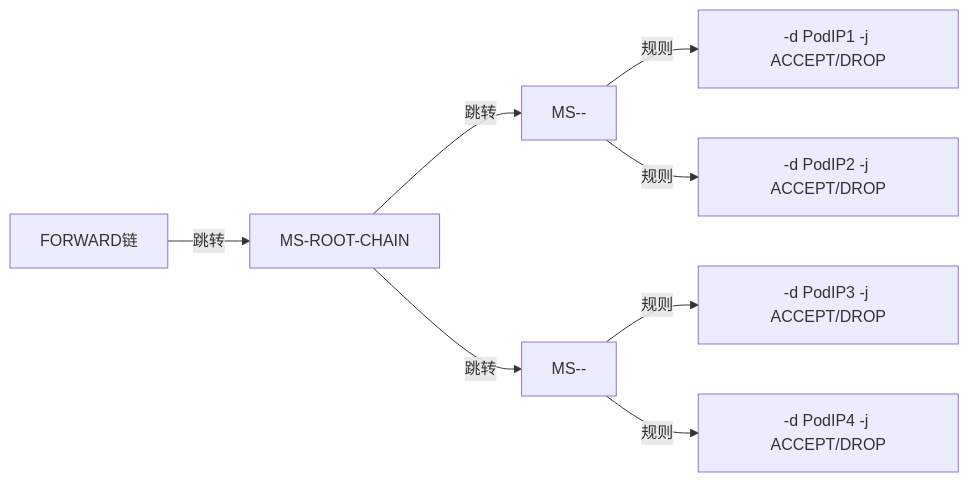
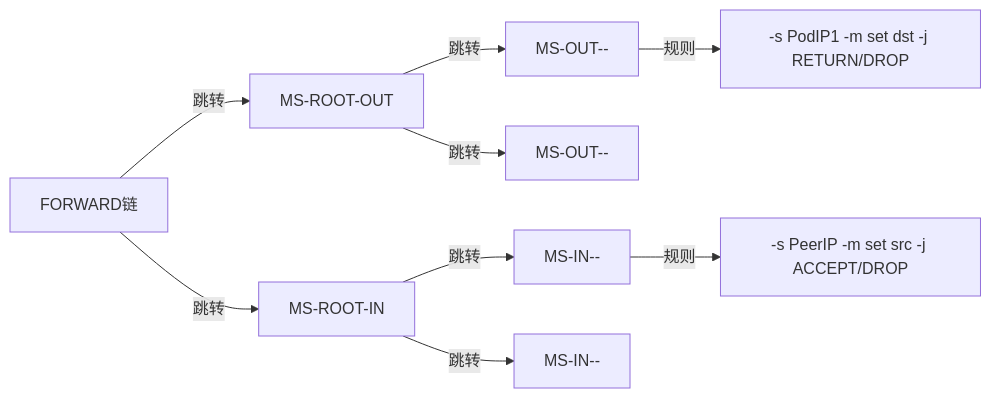
One commit to GuanQZ/microsegmentation changed the third of 3 diagrams in docs/ARCHITECTURE.md. Above: the diagram before and after it, drawn with Mermaid. The commit also changed other lines of this file and 14 other files, not shown here.

````diff
--- a/docs/ARCHITECTURE.md
+++ b/docs/ARCHITECTURE.md
@@ -228,12 +229,14 @@
 ```mermaid
 flowchart LR
-  FWD[FORWARD链] -->|跳转| ROOT[MS-ROOT-CHAIN]
-  ROOT -->|跳转| D1[MS-<ns>-<deploy1>]
-  ROOT -->|跳转| D2[MS-<ns>-<deploy2>]
+  FWD[FORWARD链] -->|跳转| ROOT_OUT[MS-ROOT-OUT]
+  FWD -->|跳转| ROOT_IN[MS-ROOT-IN]
 
-  D1 -->|规则| R1[-d PodIP1 -j ACCEPT/DROP]
-  D1 -->|规则| R2[-d PodIP2 -j ACCEPT/DROP]
+  ROOT_OUT -->|跳转| O1[MS-OUT-<ns>-<deploy1>]
+  ROOT_OUT -->|跳转| O2[MS-OUT-<ns>-<deploy2>]
 
-  D2 -->|规则| R3[-d PodIP3 -j ACCEPT/DROP]
-  D2 -->|规则| R4[-d PodIP4 -j ACCEPT/DROP]
+  ROOT_IN -->|跳转| I1[MS-IN-<ns>-<deploy1>]
+  ROOT_IN -->|跳转| I2[MS-IN-<ns>-<deploy2>]
+
+  O1 -->|规则| R1[-s PodIP1 -m set dst -j RETURN/DROP]
+  I1 -->|规则| R2[-s PeerIP -m set src -j ACCEPT/DROP]
 ```
````
